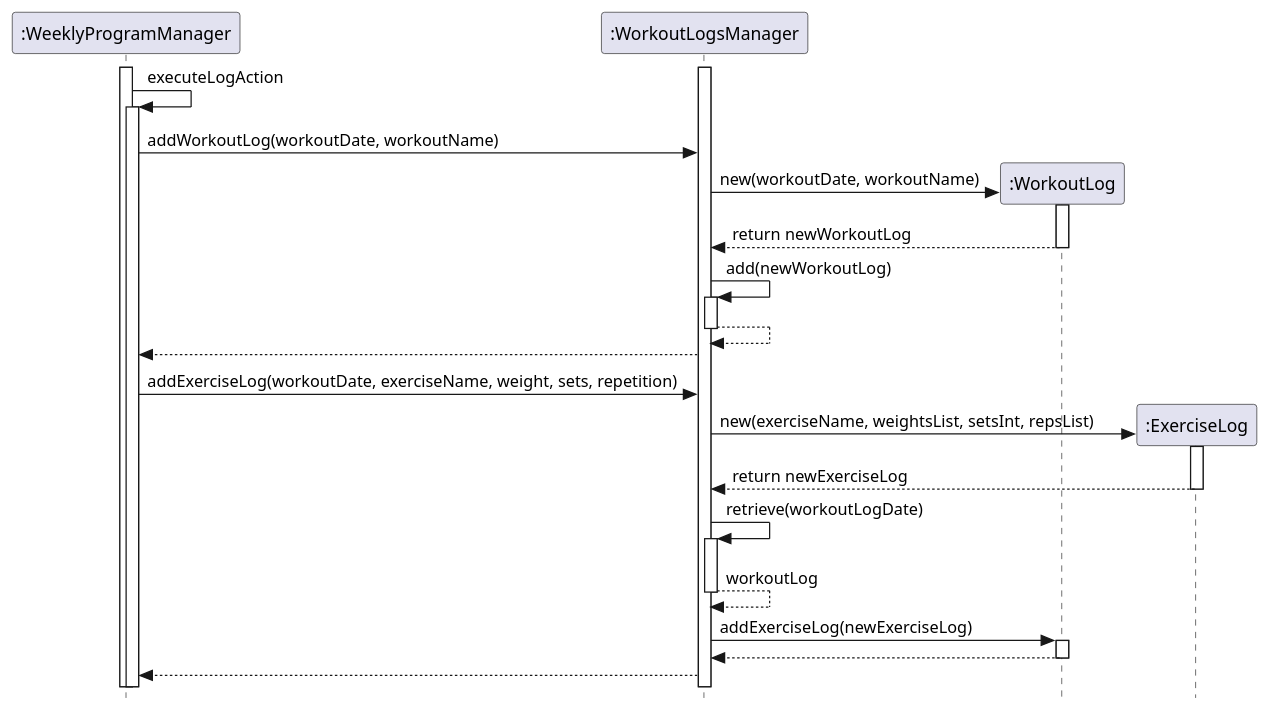
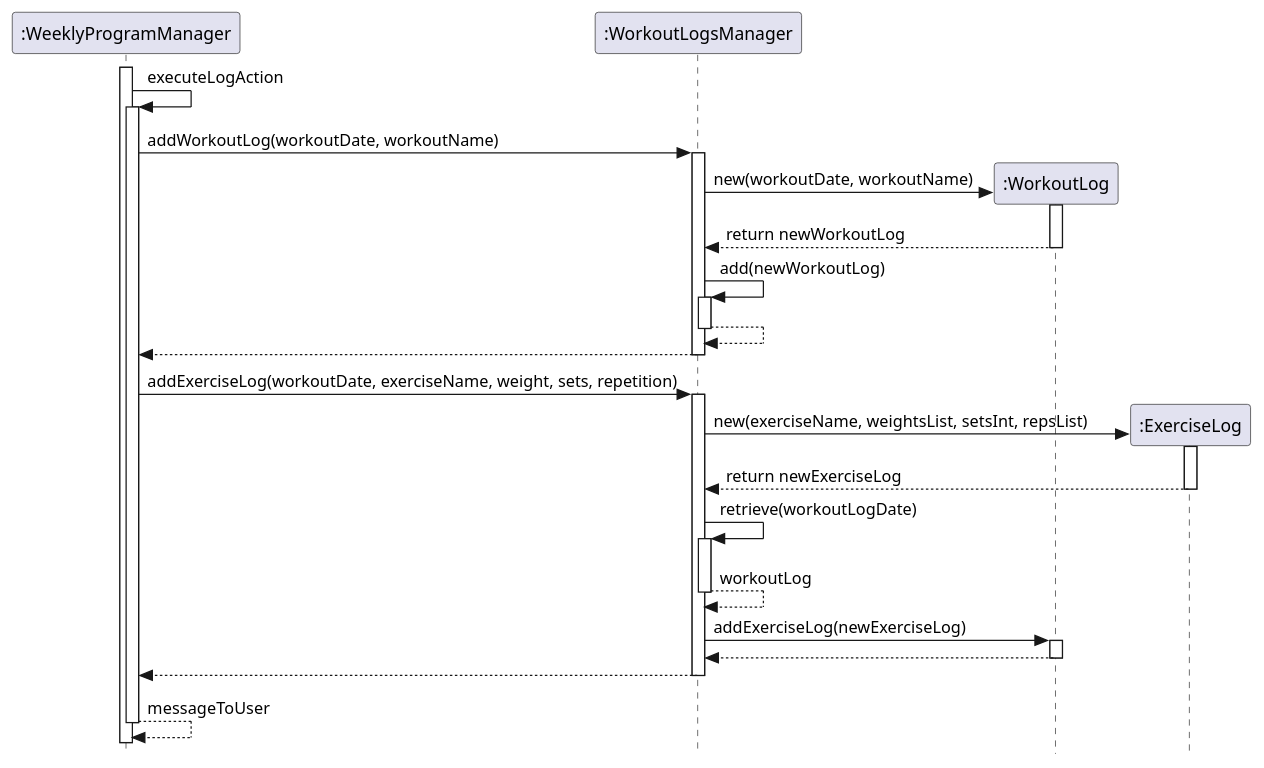
The diagram in docs/plantuml/WorkoutLog.puml (joshualeejunyi/tp), drawn with PlantUML before and after one commit. The commit also changed 1 other file, not shown here.

Commit message:
Fix workout log sequence diagram

```diff
--- a/docs/plantuml/WorkoutLog.puml
+++ b/docs/plantuml/WorkoutLog.puml
@@ -1,38 +1,42 @@
 @startuml SequenceDiagram
 skinparam classAttributeIconSize 0
 skinparam style strictuml
 
 participant ":WeeklyProgramManager"
 
-activate ":WorkoutLogsManager"
 activate ":WeeklyProgramManager"
     ":WeeklyProgramManager" -> ":WeeklyProgramManager" : executeLogAction
     activate ":WeeklyProgramManager"
     ":WeeklyProgramManager" -> ":WorkoutLogsManager" : addWorkoutLog(workoutDate, workoutName)
+    activate ":WorkoutLogsManager"
     create ":WorkoutLog" as WorkoutLog
     ":WorkoutLogsManager" -> WorkoutLog : new(workoutDate, workoutName)
     activate WorkoutLog
     WorkoutLog --> ":WorkoutLogsManager" : return newWorkoutLog
     deactivate WorkoutLog
     ":WorkoutLogsManager" -> ":WorkoutLogsManager" : add(newWorkoutLog)
     activate ":WorkoutLogsManager"
     ":WorkoutLogsManager" --> ":WorkoutLogsManager"
     deactivate ":WorkoutLogsManager"
     ":WorkoutLogsManager" --> ":WeeklyProgramManager"
+    deactivate ":WorkoutLogsManager"
     ":WeeklyProgramManager" -> ":WorkoutLogsManager" : addExerciseLog(workoutDate, exerciseName, weight, sets, repetition)
+    activate ":WorkoutLogsManager"
     create ":ExerciseLog" as ExerciseLog
     ":WorkoutLogsManager" -> ExerciseLog : new(exerciseName, weightsList, setsInt, repsList)
     activate ExerciseLog
     ExerciseLog --> ":WorkoutLogsManager" : return newExerciseLog
     deactivate ExerciseLog
     ":WorkoutLogsManager" -> ":WorkoutLogsManager" : retrieve(workoutLogDate)
     activate ":WorkoutLogsManager"
     ":WorkoutLogsManager" --> ":WorkoutLogsManager": workoutLog
     deactivate ":WorkoutLogsManager"
     ":WorkoutLogsManager" -> WorkoutLog : addExerciseLog(newExerciseLog)
     activate WorkoutLog
     WorkoutLog --> ":WorkoutLogsManager"
     deactivate WorkoutLog
     ":WorkoutLogsManager" --> ":WeeklyProgramManager"
-
+    deactivate ":WorkoutLogsManager"
+    ":WeeklyProgramManager" --> ":WeeklyProgramManager": messageToUser
+    deactivate ":WeeklyProgramManager"
 @enduml
```
